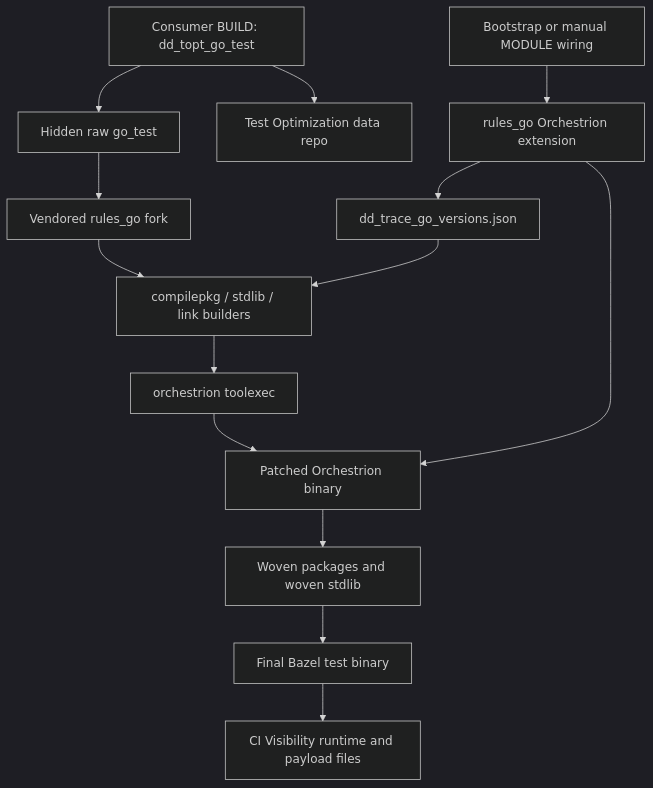
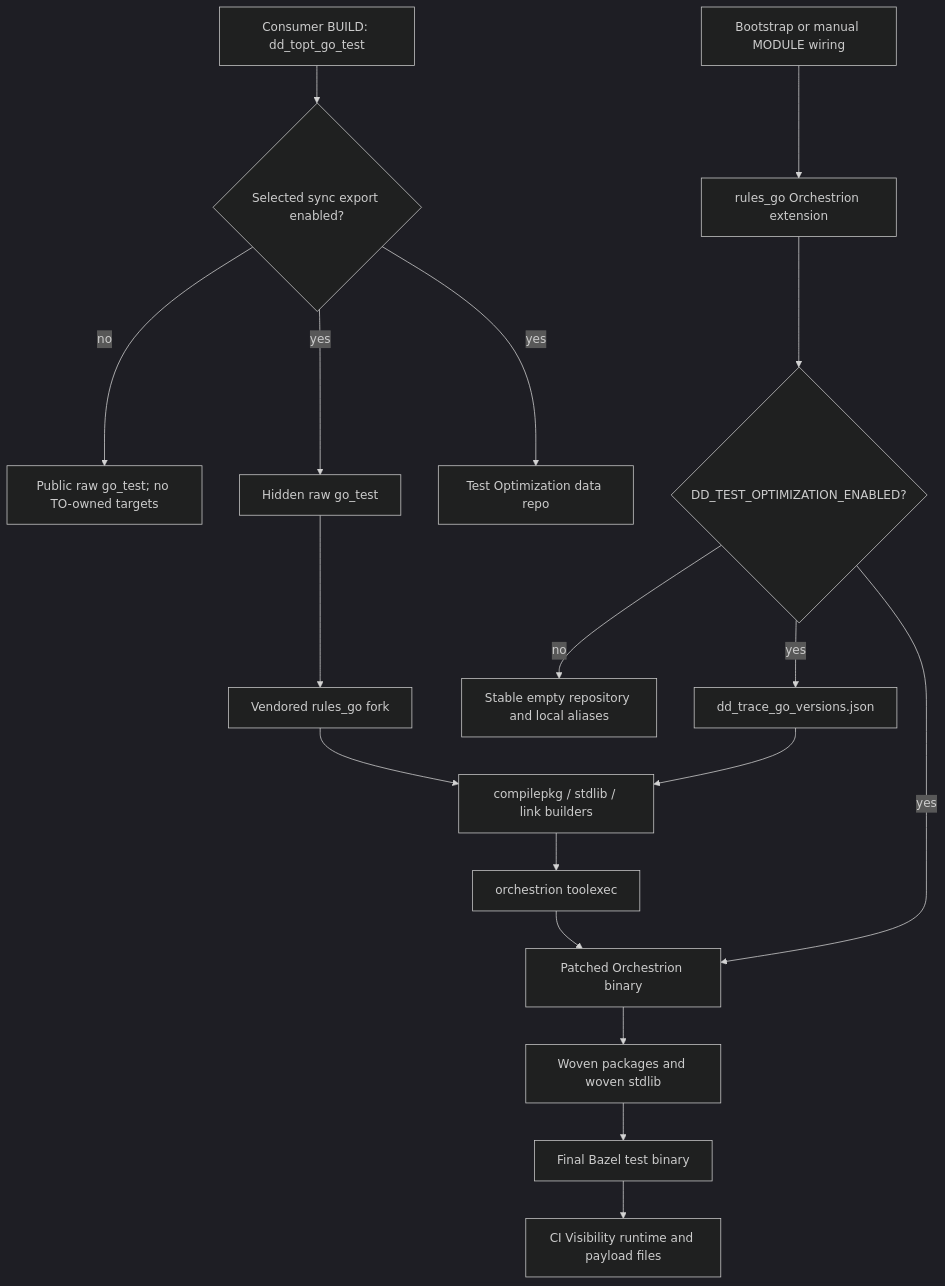
One commit to DataDog/rules_test_optimization changed the diagram in docs/go_orchestrion_maintainer_state.md. Above: the diagram before and after it, drawn with Mermaid (dark theme). The commit also changed other lines of this file and 1227 other files, not shown here.

````diff
--- a/docs/go_orchestrion_maintainer_state.md
+++ b/docs/go_orchestrion_maintainer_state.md
@@ -39,17 +39,21 @@
 ```mermaid
 flowchart TD
-    A["Consumer BUILD: dd_topt_go_test"] --> B["Hidden raw go_test"]
-    A --> C["Test Optimization data repo"]
+    A["Consumer BUILD: dd_topt_go_test"] --> Z{"Selected sync export enabled?"}
+    Z -->|"no"| R["Public raw go_test; no TO-owned targets"]
+    Z -->|"yes"| B["Hidden raw go_test"]
+    Z -->|"yes"| C["Test Optimization data repo"]
     B --> D["Vendored rules_go fork"]
     D --> E["compilepkg / stdlib / link builders"]
     E --> F["orchestrion toolexec"]
     F --> G["Patched Orchestrion binary"]
     G --> H["Woven packages and woven stdlib"]
     H --> I["Final Bazel test binary"]
     I --> J["CI Visibility runtime and payload files"]
 
     K["Bootstrap or manual MODULE wiring"] --> L["rules_go Orchestrion extension"]
-    L --> G
-    L --> M["dd_trace_go_versions.json"]
+    L --> N{"DD_TEST_OPTIMIZATION_ENABLED?"}
+    N -->|"no"| O["Stable empty repository and local aliases"]
+    N -->|"yes"| G
+    N -->|"yes"| M["dd_trace_go_versions.json"]
     M --> E
 ```
````
